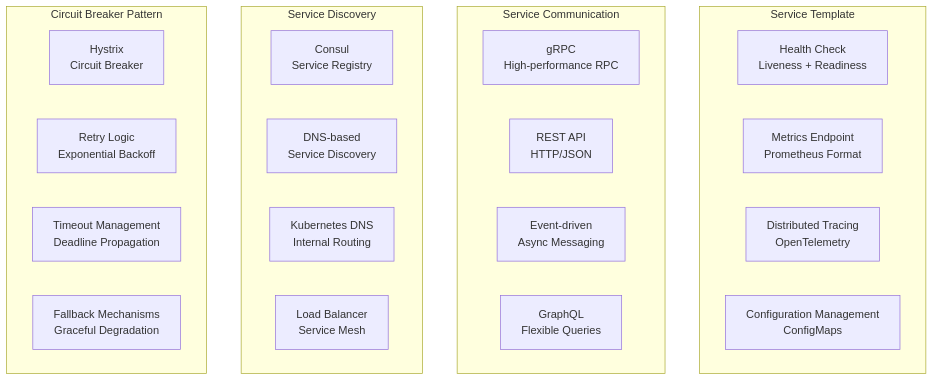
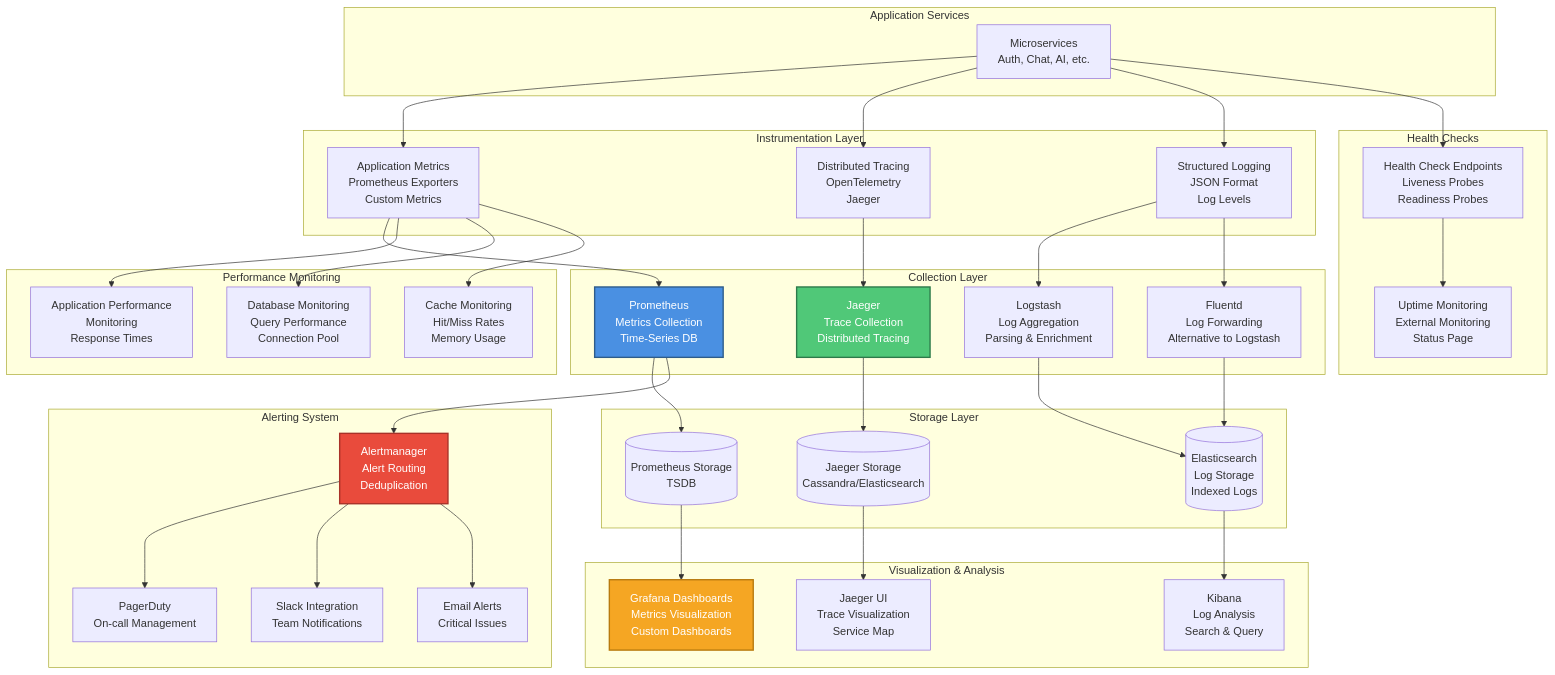
The sixth of 10 diagrams in architecture.md (amar01vidality/Chat_System_documention_And_Architecture-), drawn with Mermaid before and after one commit. The commit also changed other lines of this file, not shown here.

````diff
--- a/architecture.md
+++ b/architecture.md
@@ -347,30 +540,83 @@
 ```mermaid
 graph TB
-    subgraph "Service Template"
-        HEALTH[Health Check<br/>Liveness + Readiness]
-        METRICS[Metrics Endpoint<br/>Prometheus Format]
-        TRACING[Distributed Tracing<br/>OpenTelemetry]
-        CONFIG[Configuration Management<br/>ConfigMaps]
+    subgraph "Application Services"
+        MICROSERVICES[Microservices<br/>Auth, Chat, AI, etc.]
     end
 
-    subgraph "Service Communication"
-        GRPC[gRPC<br/>High-performance RPC]
-        REST[REST API<br/>HTTP/JSON]
-        EVENT[Event-driven<br/>Async Messaging]
-        GRAPHQL[GraphQL<br/>Flexible Queries]
+    subgraph "Instrumentation Layer"
+        METRICS[Application Metrics<br/>Prometheus Exporters<br/>Custom Metrics]
+        TRACES[Distributed Tracing<br/>OpenTelemetry<br/>Jaeger]
+        LOGS[Structured Logging<br/>JSON Format<br/>Log Levels]
     end
 
-    subgraph "Service Discovery"
-        CONSUL[Consul<br/>Service Registry]
-        DNS[DNS-based<br/>Service Discovery]
-        KUBE_DNS[Kubernetes DNS<br/>Internal Routing]
-        LOAD_BALANCER[Load Balancer<br/>Service Mesh]
+    subgraph "Collection Layer"
+        PROMETHEUS[Prometheus<br/>Metrics Collection<br/>Time-Series DB]
+        JAEGER[Jaeger<br/>Trace Collection<br/>Distributed Tracing]
+        LOGSTASH[Logstash<br/>Log Aggregation<br/>Parsing & Enrichment]
+        FLUENTD[Fluentd<br/>Log Forwarding<br/>Alternative to Logstash]
     end
 
-    subgraph "Circuit Breaker Pattern"
-        HYSTRIX[Hystrix<br/>Circuit Breaker]
-        RETRY[Retry Logic<br/>Exponential Backoff]
-        TIMEOUT[Timeout Management<br/>Deadline Propagation]
-        FALLBACK[Fallback Mechanisms<br/>Graceful Degradation]
+    subgraph "Storage Layer"
+        PROM_STORAGE[(Prometheus Storage<br/>TSDB)]
+        JAEGER_STORAGE[(Jaeger Storage<br/>Cassandra/Elasticsearch)]
+        ELASTIC_LOGS[(Elasticsearch<br/>Log Storage<br/>Indexed Logs)]
     end
+
+    subgraph "Visualization & Analysis"
+        GRAFANA[Grafana Dashboards<br/>Metrics Visualization<br/>Custom Dashboards]
+        KIBANA[Kibana<br/>Log Analysis<br/>Search & Query]
+        JAEGER_UI[Jaeger UI<br/>Trace Visualization<br/>Service Map]
+    end
+
+    subgraph "Alerting System"
+        ALERTMANAGER[Alertmanager<br/>Alert Routing<br/>Deduplication]
+        PAGERDUTY[PagerDuty<br/>On-call Management]
+        SLACK[Slack Integration<br/>Team Notifications]
+        EMAIL_ALERT[Email Alerts<br/>Critical Issues]
+    end
+
+    subgraph "Health Checks"
+        HEALTH[Health Check Endpoints<br/>Liveness Probes<br/>Readiness Probes]
+        UPTIME[Uptime Monitoring<br/>External Monitoring<br/>Status Page]
+    end
+
+    subgraph "Performance Monitoring"
+        APM[Application Performance<br/>Monitoring<br/>Response Times]
+        DB_MONITOR[Database Monitoring<br/>Query Performance<br/>Connection Pool]
+        CACHE_MONITOR[Cache Monitoring<br/>Hit/Miss Rates<br/>Memory Usage]
+    end
+
+    MICROSERVICES --> METRICS
+    MICROSERVICES --> TRACES
+    MICROSERVICES --> LOGS
+    MICROSERVICES --> HEALTH
+    
+    METRICS --> PROMETHEUS
+    TRACES --> JAEGER
+    LOGS --> LOGSTASH
+    LOGS --> FLUENTD
+    
+    PROMETHEUS --> PROM_STORAGE
+    JAEGER --> JAEGER_STORAGE
+    LOGSTASH --> ELASTIC_LOGS
+    FLUENTD --> ELASTIC_LOGS
+    
+    PROM_STORAGE --> GRAFANA
+    ELASTIC_LOGS --> KIBANA
+    JAEGER_STORAGE --> JAEGER_UI
+    
+    PROMETHEUS --> ALERTMANAGER
+    ALERTMANAGER --> PAGERDUTY
+    ALERTMANAGER --> SLACK
+    ALERTMANAGER --> EMAIL_ALERT
+    
+    HEALTH --> UPTIME
+    METRICS --> APM
+    METRICS --> DB_MONITOR
+    METRICS --> CACHE_MONITOR
+    
+    style PROMETHEUS fill:#4A90E2,stroke:#2E5C8A,stroke-width:2px,color:#fff
+    style GRAFANA fill:#F5A623,stroke:#B87A0F,stroke-width:2px,color:#fff
+    style ALERTMANAGER fill:#E94B3C,stroke:#A83228,stroke-width:2px,color:#fff
+    style JAEGER fill:#50C878,stroke:#2D7A4A,stroke-width:2px,color:#fff
 ```
````
